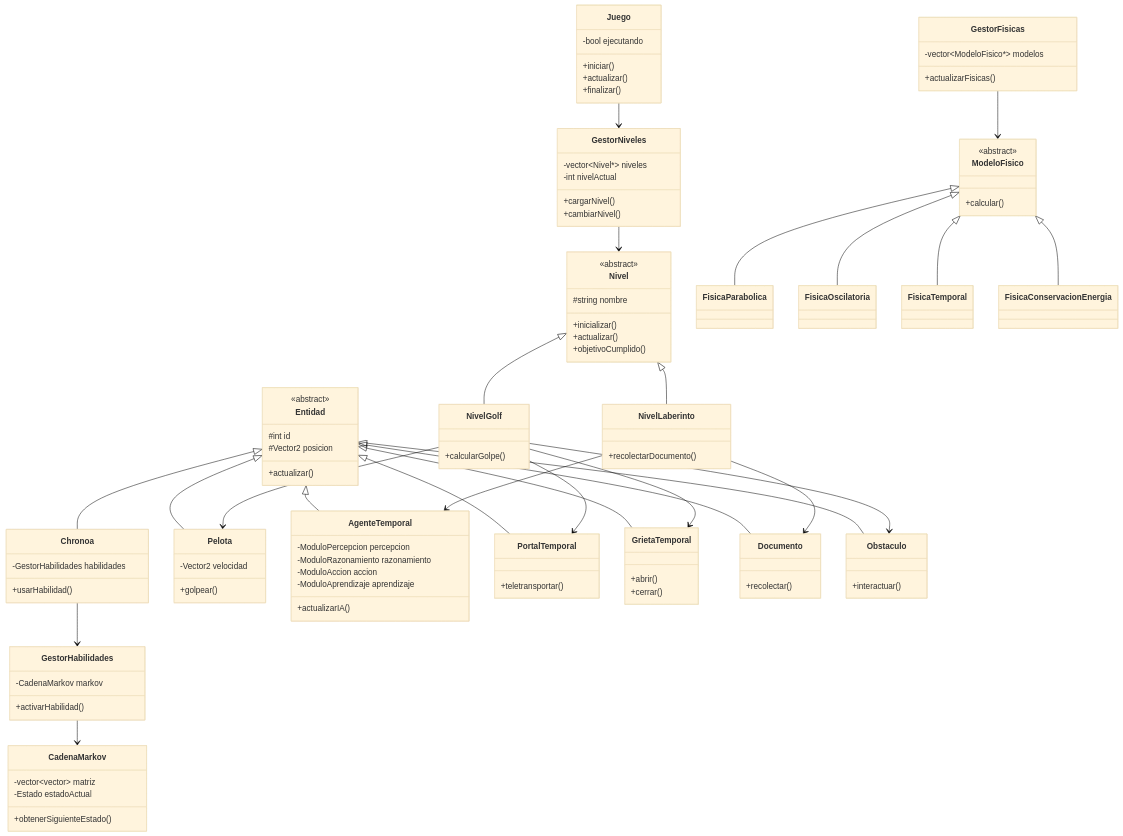
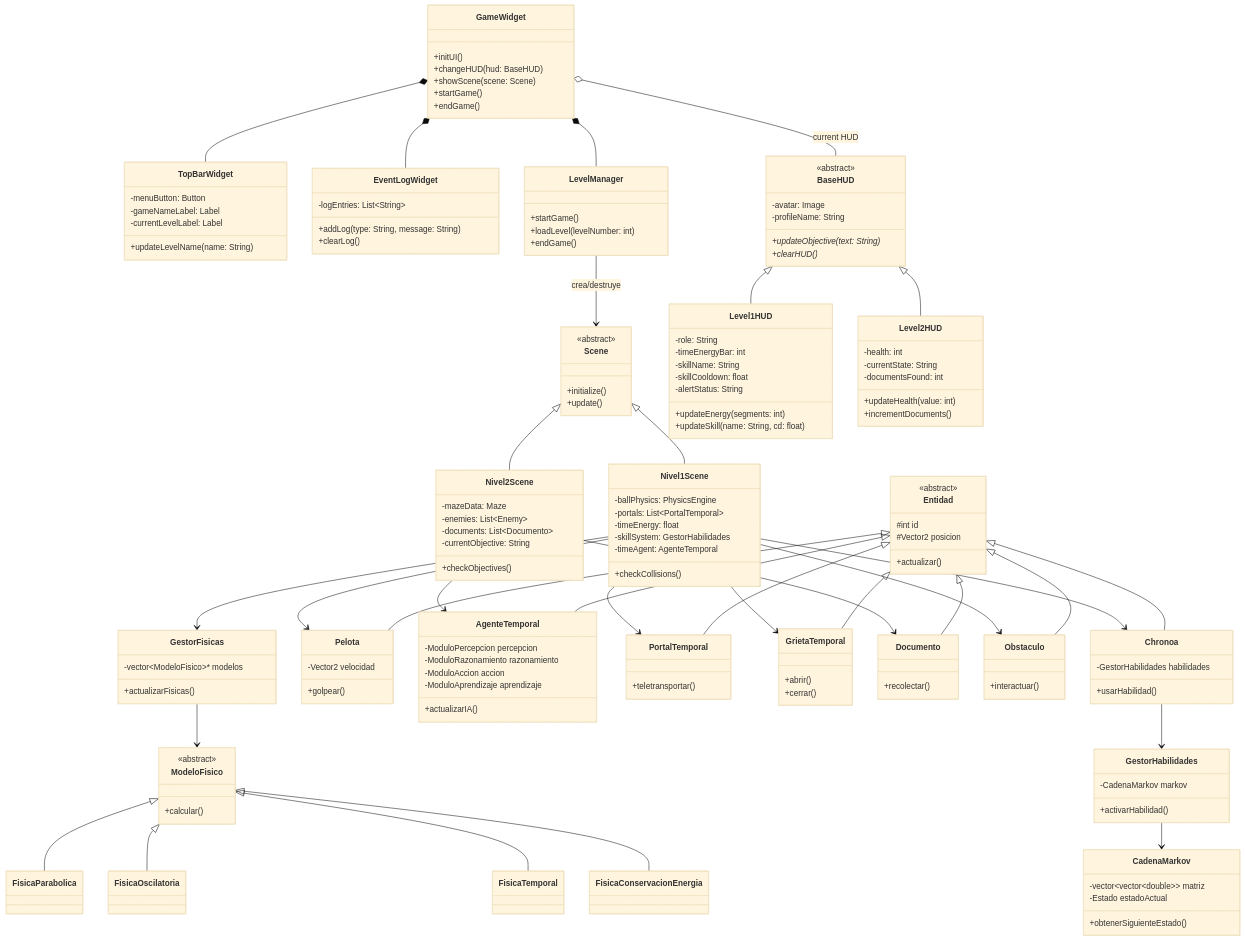
Before and after one commit to Elmer-Mosquera-UdeA/golf-chronos-refactor: the first of 2 diagrams in docs/momento-2.md, drawn with Mermaid (base theme). The commit also changed other lines of this file and 37 other files, not shown here.

````diff
--- a/docs/momento-2.md
+++ b/docs/momento-2.md
@@ -18,135 +21,188 @@
 ```mermaid
 classDiagram
+    class GameWidget {
+        +initUI()
+        +changeHUD(hud: BaseHUD)
+        +showScene(scene: Scene)
+        +startGame()
+        +endGame()
+    }
 
-class Juego{
-    -bool ejecutando
-    +iniciar()
-    +actualizar()
-    +finalizar()
-}
+    class TopBarWidget {
+        -menuButton: Button
+        -gameNameLabel: Label
+        -currentLevelLabel: Label
+        +updateLevelName(name: String)
+    }
 
-class GestorNiveles{
-    -vector~Nivel*~ niveles
-    -int nivelActual
-    +cargarNivel()
-    +cambiarNivel()
-}
+    class EventLogWidget {
+        -logEntries: List~String~
+        +addLog(type: String, message: String)
+        +clearLog()
+    }
 
-class Nivel{
-    <<abstract>>
-    #string nombre
-    +inicializar()
-    +actualizar()
-    +objetivoCumplido()
-}
+    class LevelManager {
+        +startGame()
+        +loadLevel(levelNumber: int)
+        +endGame()
+    }
 
-class NivelGolf{
-    +calcularGolpe()
-}
+    class Scene {
+        <<abstract>>
+        +initialize()
+        +update()
+    }
 
-class NivelLaberinto{
-    +recolectarDocumento()
-}
+    class Nivel1Scene {
+        -ballPhysics: PhysicsEngine
+        -portals: List~PortalTemporal~
+        -timeEnergy: float
+        -skillSystem: GestorHabilidades
+        -timeAgent: AgenteTemporal
+        +checkCollisions()
+    }
 
-class Entidad{
-    <<abstract>>
-    #int id
-    #Vector2 posicion
-    +actualizar()
-}
+    class Nivel2Scene {
+        -mazeData: Maze
+        -enemies: List~Enemy~
+        -documents: List~Documento~
+        -currentObjective: String
+        +checkObjectives()
+    }
 
-class Chronoa{
-    -GestorHabilidades habilidades
-    +usarHabilidad()
-}
+    class BaseHUD {
+        <<abstract>>
+        -avatar: Image
+        -profileName: String
+        +updateObjective(text: String)*
+        +clearHUD()*
+    }
 
-class Pelota{
-    -Vector2 velocidad
-    +golpear()
-}
+    class Level1HUD {
+        -role: String
+        -timeEnergyBar: int
+        -skillName: String
+        -skillCooldown: float
+        -alertStatus: String
+        +updateEnergy(segments: int)
+        +updateSkill(name: String, cd: float)
+    }
 
-class AgenteTemporal{
-    -ModuloPercepcion percepcion
-    -ModuloRazonamiento razonamiento
-    -ModuloAccion accion
-    -ModuloAprendizaje aprendizaje
-    +actualizarIA()
-}
+    class Level2HUD {
+        -health: int
+        -currentState: String
+        -documentsFound: int
+        +updateHealth(value: int)
+        +incrementDocuments()
+    }
 
-class PortalTemporal{
-    +teletransportar()
-}
+    class Entidad {
+        <<abstract>>
+        #int id
+        #Vector2 posicion
+        +actualizar()
+    }
 
-class GrietaTemporal{
-    +abrir()
-    +cerrar()
-}
+    class Chronoa {
+        -GestorHabilidades habilidades
+        +usarHabilidad()
+    }
 
-class Documento{
-    +recolectar()
-}
+    class Pelota {
+        -Vector2 velocidad
+        +golpear()
+    }
 
-class Obstaculo{
-    +interactuar()
-}
+    class AgenteTemporal {
+        -ModuloPercepcion percepcion
+        -ModuloRazonamiento razonamiento
+        -ModuloAccion accion
+        -ModuloAprendizaje aprendizaje
+        +actualizarIA()
+    }
 
-class GestorFisicas{
-    -vector~ModeloFisico*~ modelos
-    +actualizarFisicas()
-}
+    class PortalTemporal {
+        +teletransportar()
+    }
 
-class ModeloFisico{
-    <<abstract>>
-    +calcular()
-}
+    class GrietaTemporal {
+        +abrir()
+        +cerrar()
+    }
 
-class FisicaParabolica
-class FisicaOscilatoria
-class FisicaTemporal
-class FisicaConservacionEnergia
+    class Documento {
+        +recolectar()
+    }
 
-class GestorHabilidades{
-    -CadenaMarkov markov
-    +activarHabilidad()
-}
+    class Obstaculo {
+        +interactuar()
+    }
 
-class CadenaMarkov{
-    -vector~vector<double>~ matriz
-    -Estado estadoActual
-    +obtenerSiguienteEstado()
-}
+    class GestorFisicas {
+        -vector~ModeloFisico~* modelos
+        +actualizarFisicas()
+    }
 
-Juego --> GestorNiveles
+    class ModeloFisico {
+        <<abstract>>
+        +calcular()
+    }
 
-GestorNiveles --> Nivel
+    class FisicaParabolica
+    class FisicaOscilatoria
+    class FisicaTemporal
+    class FisicaConservacionEnergia
 
-Nivel <|-- NivelGolf
-Nivel <|-- NivelLaberinto
+    class GestorHabilidades {
+        -CadenaMarkov markov
+        +activarHabilidad()
+    }
 
-Entidad <|-- Chronoa
-Entidad <|-- Pelota
-Entidad <|-- AgenteTemporal
-Entidad <|-- PortalTemporal
-Entidad <|-- Obstaculo
-Entidad <|-- Documento
-Entidad <|-- GrietaTemporal
+    class CadenaMarkov {
+        -vector~vector~double~~ matriz
+        -Estado estadoActual
+        +obtenerSiguienteEstado()
+    }
 
-Chronoa --> GestorHabilidades
-GestorHabilidades --> CadenaMarkov
+    %% Relaciones estructurales
+    GameWidget *-- TopBarWidget
+    GameWidget *-- EventLogWidget
+    GameWidget *-- LevelManager
+    GameWidget o-- BaseHUD : current HUD
 
-GestorFisicas --> ModeloFisico
+    LevelManager --> Scene : crea/destruye
+    Scene <|-- Nivel1Scene
+    Scene <|-- Nivel2Scene
 
-ModeloFisico <|-- FisicaParabolica
-ModeloFisico <|-- FisicaOscilatoria
-ModeloFisico <|-- FisicaTemporal
-ModeloFisico <|-- FisicaConservacionEnergia
+    BaseHUD <|-- Level1HUD
+    BaseHUD <|-- Level2HUD
 
-NivelGolf --> Pelota
-NivelGolf --> PortalTemporal
-NivelGolf --> Obstaculo
-NivelGolf --> GrietaTemporal
+    %% Entidades del dominio
+    Entidad <|-- Chronoa
+    Entidad <|-- Pelota
+    Entidad <|-- AgenteTemporal
+    Entidad <|-- PortalTemporal
+    Entidad <|-- Obstaculo
+    Entidad <|-- Documento
+    Entidad <|-- GrietaTemporal
 
-NivelLaberinto --> Documento
-NivelLaberinto --> AgenteTemporal
+    Chronoa --> GestorHabilidades
+    GestorHabilidades --> CadenaMarkov
 
+    GestorFisicas --> ModeloFisico
+    ModeloFisico <|-- FisicaParabolica
+    ModeloFisico <|-- FisicaOscilatoria
+    ModeloFisico <|-- FisicaTemporal
+    ModeloFisico <|-- FisicaConservacionEnergia
+
+    %% Escenas usan entidades específicas
+    Nivel1Scene --> Pelota
+    Nivel1Scene --> PortalTemporal
+    Nivel1Scene --> Obstaculo
+    Nivel1Scene --> GrietaTemporal
+    Nivel1Scene --> GestorFisicas
+    Nivel1Scene --> Chronoa
+
+    Nivel2Scene --> Documento
+    Nivel2Scene --> AgenteTemporal
 ```
````
